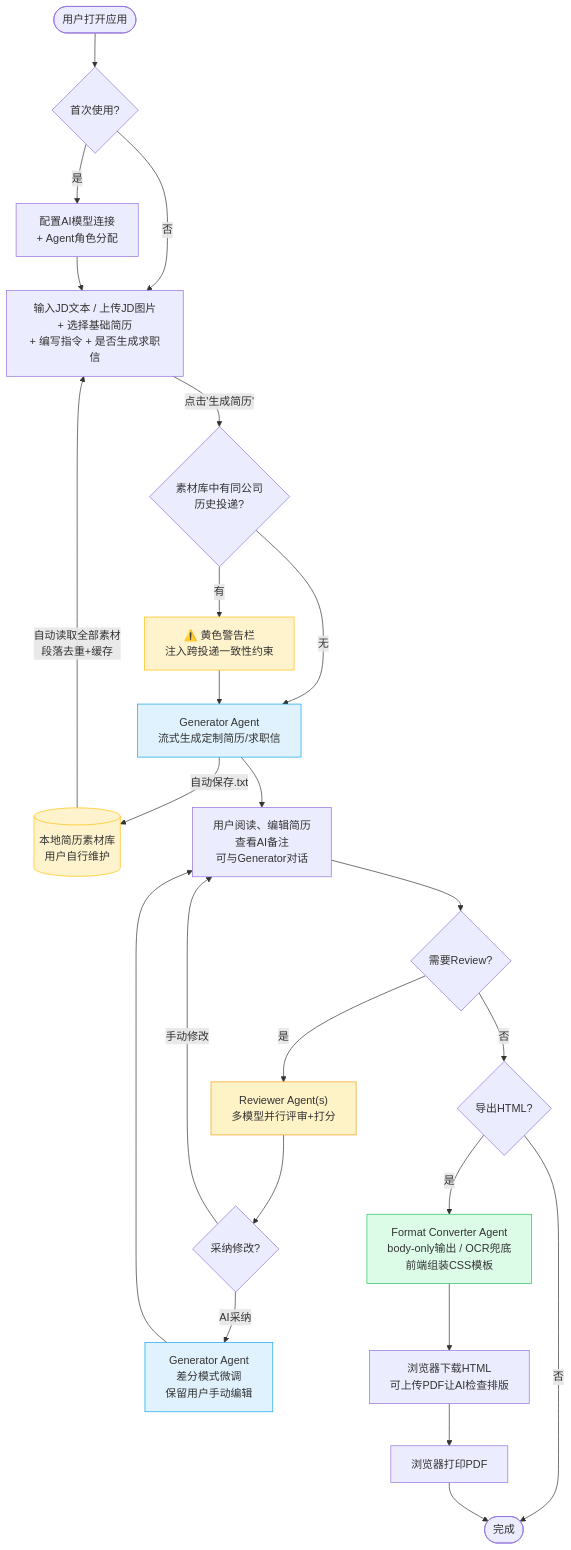
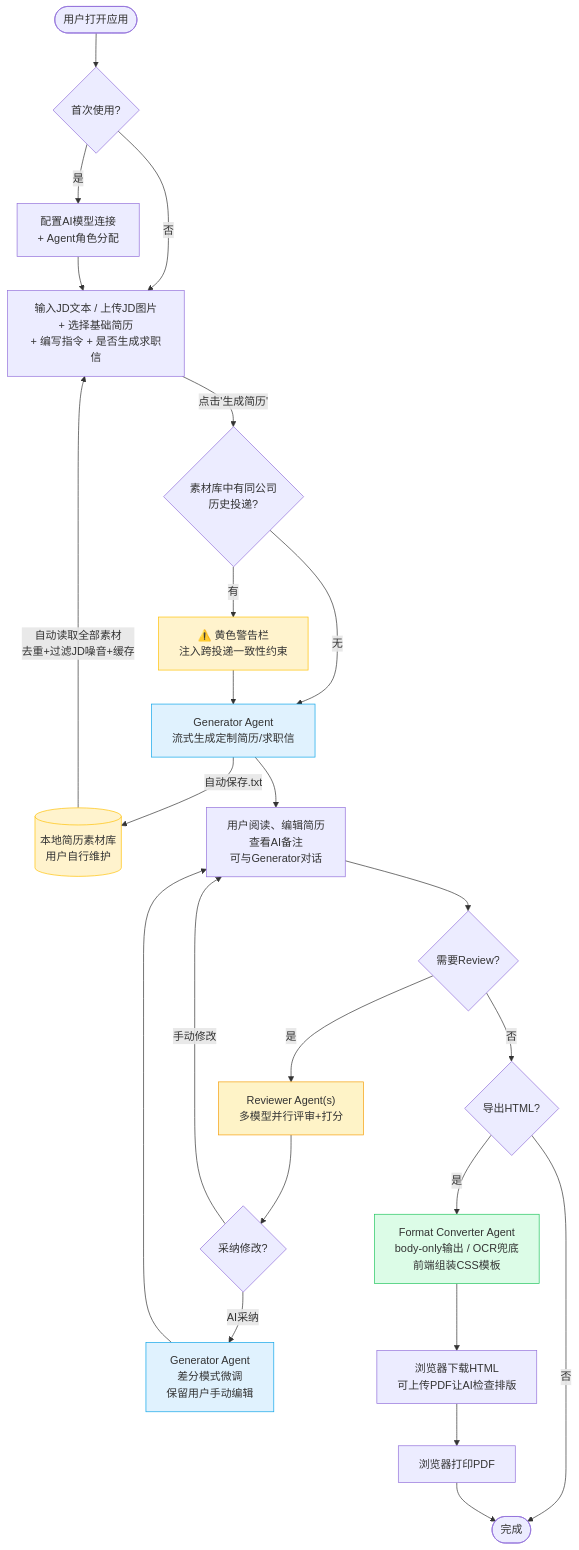
Before and after one commit to wukun2005-gif/resumeTailor: the third of 8 diagrams in README.md, drawn with Mermaid. The commit also changed other lines of this file and 7 other files, not shown here.

````diff
--- a/README.md
+++ b/README.md
@@ -285,45 +285,45 @@
 ```mermaid
 flowchart TD
     START([用户打开应用]) --> CONFIG{首次使用?}
     CONFIG -->|是| SETTINGS["配置AI模型连接<br/>+ Agent角色分配"]
     CONFIG -->|否| INPUT
     SETTINGS --> INPUT
 
-    LIB[(本地简历素材库<br/>用户自行维护)] -->|自动读取全部素材<br/>段落去重+缓存| INPUT
+    LIB[(本地简历素材库<br/>用户自行维护)] -->|自动读取全部素材<br/>去重+过滤JD噪音+缓存| INPUT
     INPUT["输入JD文本 / 上传JD图片<br/>+ 选择基础简历<br/>+ 编写指令 + 是否生成求职信"]
     INPUT -->|点击'生成简历'| CONSIST
 
     CONSIST{"素材库中有同公司<br/>历史投递?"}
     CONSIST -->|有| WARN["⚠️ 黄色警告栏<br/>注入跨投递一致性约束"]
     CONSIST -->|无| GEN
     WARN --> GEN
 
     GEN["Generator Agent<br/>流式生成定制简历/求职信"]
     GEN -->|自动保存.txt| LIB
     GEN --> EDIT["用户阅读、编辑简历<br/>查看AI备注<br/>可与Generator对话"]
     EDIT --> REVIEW_Q{需要Review?}
 
     REVIEW_Q -->|是| REVIEW["Reviewer Agent(s)<br/>多模型并行评审+打分"]
     REVIEW_Q -->|否| HTML_Q
 
     REVIEW --> APPLY_Q{"采纳修改?"}
     APPLY_Q -->|AI采纳| APPLY["Generator Agent<br/>差分模式微调<br/>保留用户手动编辑"]
     APPLY_Q -->|手动修改| EDIT
 
     APPLY --> EDIT
 
     HTML_Q{导出HTML?}
     HTML_Q -->|是| HTML["Format Converter Agent<br/>body-only输出 / OCR兜底<br/>前端组装CSS模板"]
     HTML_Q -->|否| DONE
 
     HTML --> DOWNLOAD["浏览器下载HTML<br/>可上传PDF让AI检查排版"]
     DOWNLOAD --> PDF["浏览器打印PDF"]
     PDF --> DONE([完成])
 
     style LIB fill:#fff3cd,stroke:#ffc107
     style WARN fill:#fff3cd,stroke:#ffc107
     style GEN fill:#e0f2fe,stroke:#0ea5e9
     style REVIEW fill:#fef3c7,stroke:#f59e0b
     style APPLY fill:#e0f2fe,stroke:#0ea5e9
     style HTML fill:#dcfce7,stroke:#22c55e
 ```
````
